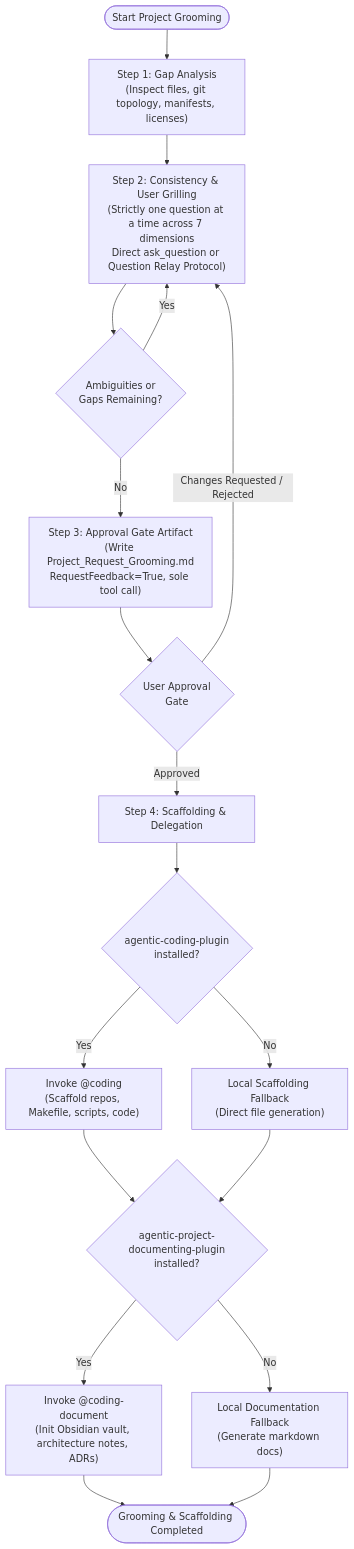
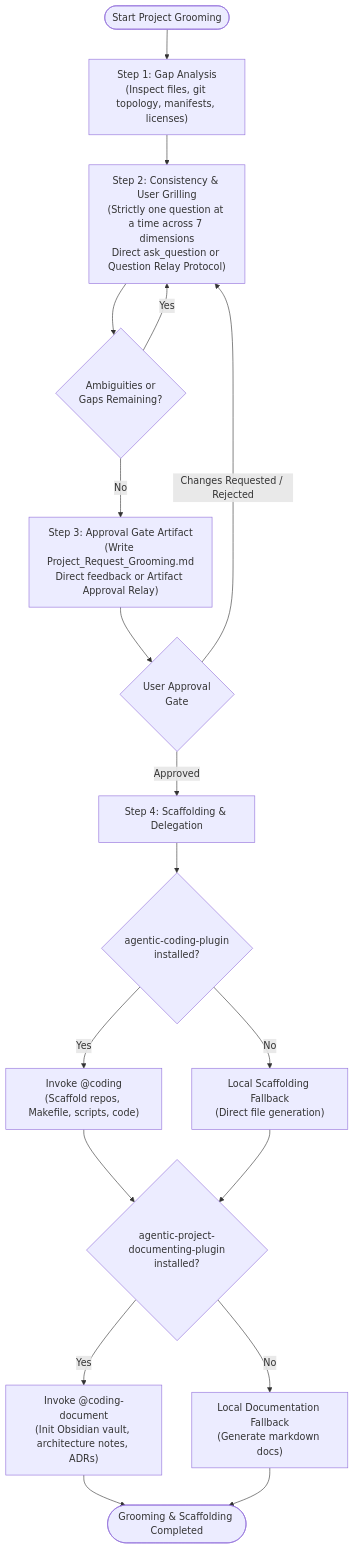
One commit to gpfister/agentic-project-grooming-plugin changed the diagram in skills/project-grooming/SKILL.md. Above: the diagram before and after it, drawn with Mermaid. The commit also changed other lines of this file and 4 other files, not shown here.

Commit message:
feat(relay): implement dual-mode Artifact Approval Relay Protocol for coding-groom

````diff
--- a/skills/project-grooming/SKILL.md
+++ b/skills/project-grooming/SKILL.md
@@ -14,24 +14,24 @@
 ```mermaid
 flowchart TD
     Start(["Start Project Grooming"]) --> Step1["Step 1: Gap Analysis<br/>(Inspect files, git topology, manifests, licenses)"]
     Step1 --> Step2["Step 2: Consistency & User Grilling<br/>(Strictly one question at a time across 7 dimensions<br/>Direct ask_question or Question Relay Protocol)"]
     Step2 --> MoreQuestions{"Ambiguities or<br/>Gaps Remaining?"}
     MoreQuestions -->|"Yes"| Step2
-    MoreQuestions -->|"No"| Step3["Step 3: Approval Gate Artifact<br/>(Write Project_Request_Grooming.md<br/>RequestFeedback=True, sole tool call)"]
+    MoreQuestions -->|"No"| Step3["Step 3: Approval Gate Artifact<br/>(Write Project_Request_Grooming.md<br/>Direct feedback or Artifact Approval Relay)"]
     Step3 --> UserGate{"User Approval<br/>Gate"}
     UserGate -->|"Changes Requested / Rejected"| Step2
     UserGate -->|"Approved"| Step4["Step 4: Scaffolding & Delegation"]
     
     Step4 --> CodingCheck{"agentic-coding-plugin<br/>installed?"}
     CodingCheck -->|"Yes"| InvokeCoding["Invoke @coding<br/>(Scaffold repos, Makefile, scripts, code)"]
     CodingCheck -->|"No"| FallbackCoding["Local Scaffolding Fallback<br/>(Direct file generation)"]
     
     InvokeCoding --> DocCheck{"agentic-project-documenting-plugin<br/>installed?"}
     FallbackCoding --> DocCheck
     
     DocCheck -->|"Yes"| InvokeDoc["Invoke @coding-document<br/>(Init Obsidian vault, architecture notes, ADRs)"]
     DocCheck -->|"No"| FallbackDoc["Local Documentation Fallback<br/>(Generate markdown docs)"]
     
     InvokeDoc --> Completed(["Grooming & Scaffolding Completed"])
     FallbackDoc --> Completed
 ```
````
